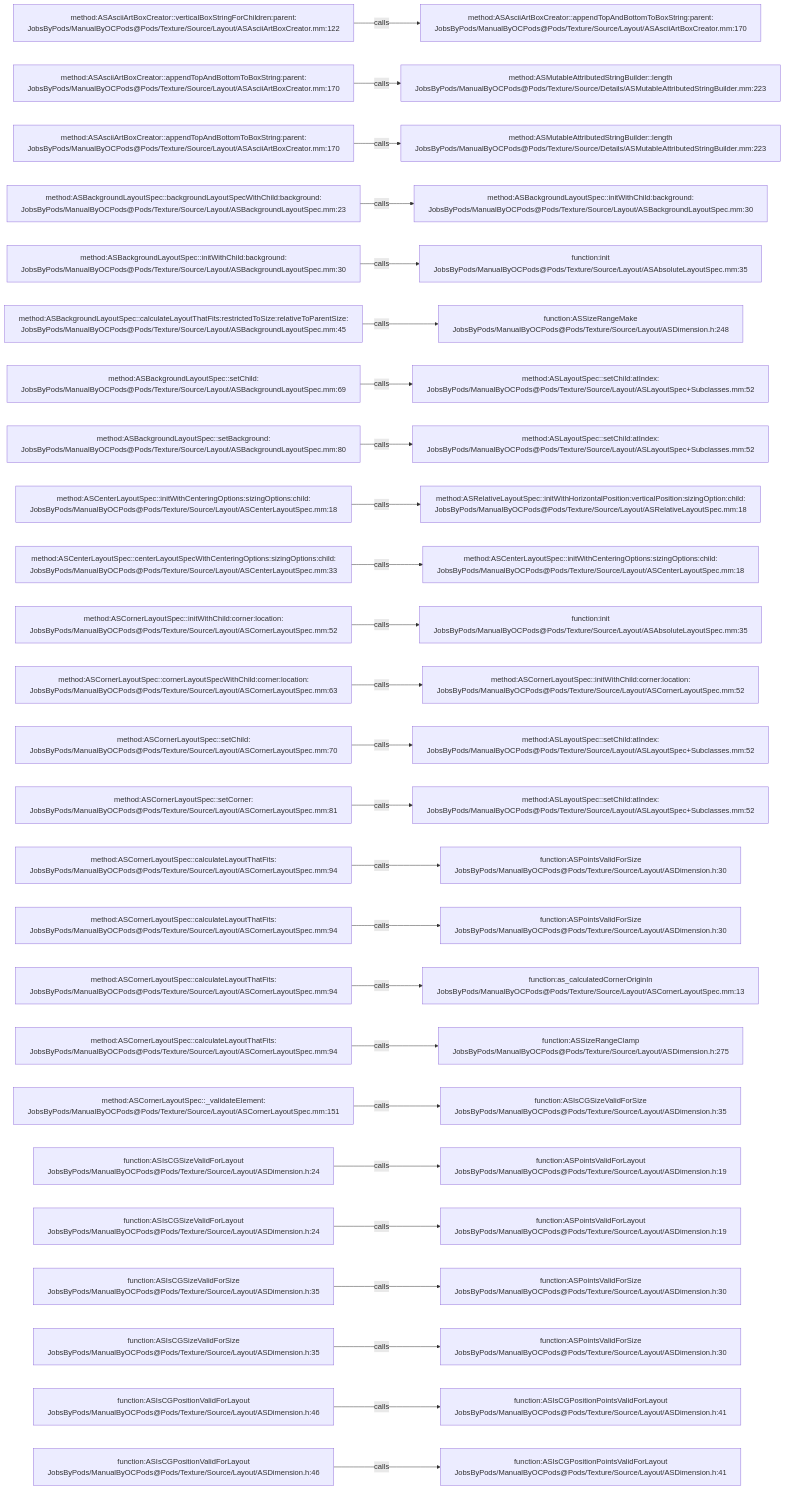
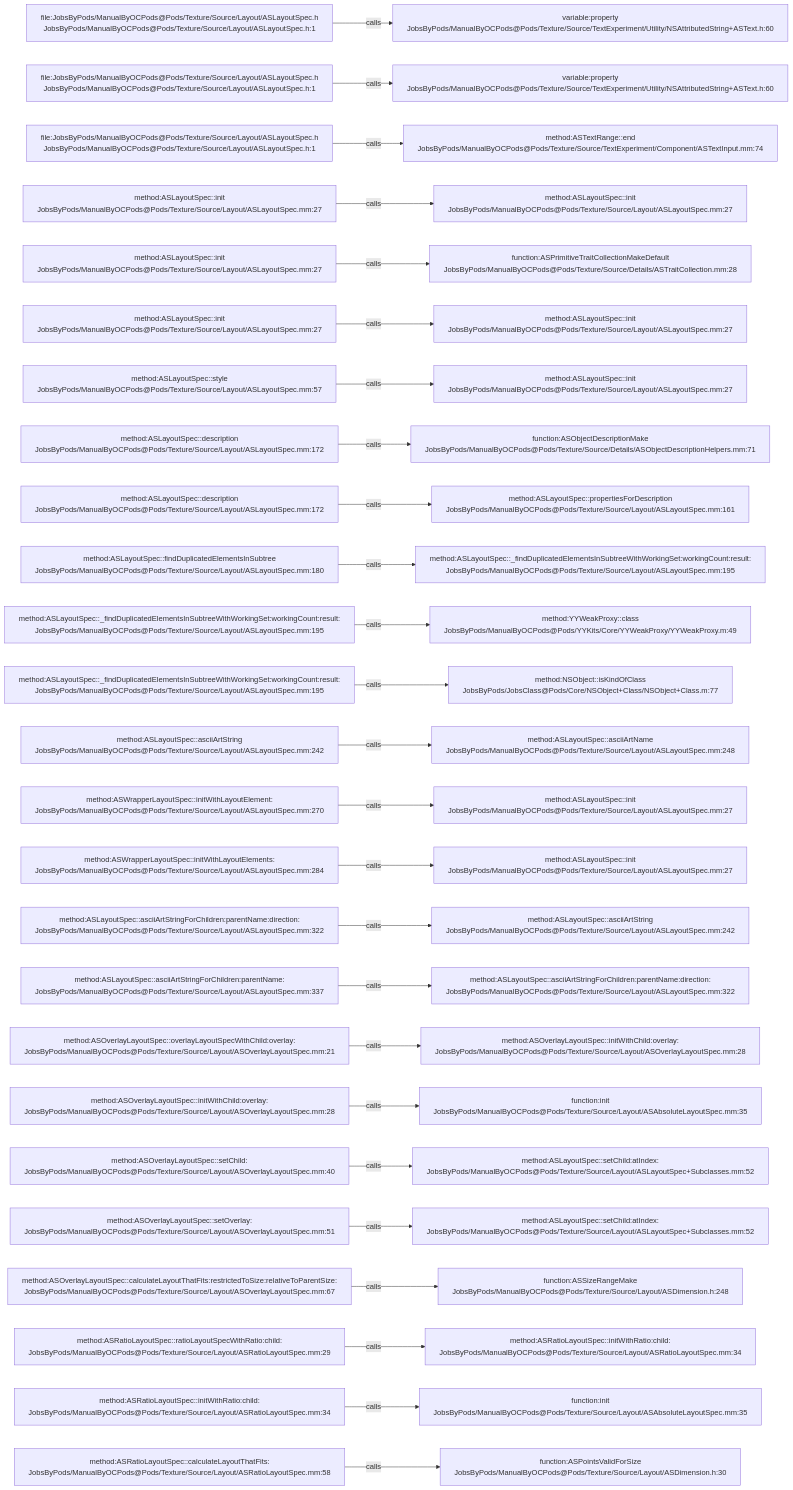
One commit to JobsKits/JobsOCBaseConfigDemo changed the diagram in .codegraph/codegraph.md/graphs/calls-183.md. Above: the diagram before and after it, drawn with Mermaid. The commit also changed 1223 other files, not shown here.

````diff
--- a/.codegraph/codegraph.md/graphs/calls-183.md
+++ b/.codegraph/codegraph.md/graphs/calls-183.md
@@ -13,78 +13,78 @@
 ```mermaid
 flowchart LR
-  S1["method:ASAsciiArtBoxCreator::verticalBoxStringForChildren:parent:<br/>JobsByPods/ManualByOCPods@Pods/Texture/Source/Layout/ASAsciiArtBoxCreator.mm:122"]
-  T1["method:ASAsciiArtBoxCreator::appendTopAndBottomToBoxString:parent:<br/>JobsByPods/ManualByOCPods@Pods/Texture/Source/Layout/ASAsciiArtBoxCreator.mm:170"]
+  S1["file:JobsByPods/ManualByOCPods@Pods/Texture/Source/Layout/ASLayoutSpec.h<br/>JobsByPods/ManualByOCPods@Pods/Texture/Source/Layout/ASLayoutSpec.h:1"]
+  T1["variable:property<br/>JobsByPods/ManualByOCPods@Pods/Texture/Source/TextExperiment/Utility/NSAttributedString+ASText.h:60"]
   S1 -->|calls| T1
-  S2["method:ASAsciiArtBoxCreator::appendTopAndBottomToBoxString:parent:<br/>JobsByPods/ManualByOCPods@Pods/Texture/Source/Layout/ASAsciiArtBoxCreator.mm:170"]
-  T2["method:ASMutableAttributedStringBuilder::length<br/>JobsByPods/ManualByOCPods@Pods/Texture/Source/Details/ASMutableAttributedStringBuilder.mm:223"]
+  S2["file:JobsByPods/ManualByOCPods@Pods/Texture/Source/Layout/ASLayoutSpec.h<br/>JobsByPods/ManualByOCPods@Pods/Texture/Source/Layout/ASLayoutSpec.h:1"]
+  T2["variable:property<br/>JobsByPods/ManualByOCPods@Pods/Texture/Source/TextExperiment/Utility/NSAttributedString+ASText.h:60"]
   S2 -->|calls| T2
-  S3["method:ASAsciiArtBoxCreator::appendTopAndBottomToBoxString:parent:<br/>JobsByPods/ManualByOCPods@Pods/Texture/Source/Layout/ASAsciiArtBoxCreator.mm:170"]
-  T3["method:ASMutableAttributedStringBuilder::length<br/>JobsByPods/ManualByOCPods@Pods/Texture/Source/Details/ASMutableAttributedStringBuilder.mm:223"]
+  S3["file:JobsByPods/ManualByOCPods@Pods/Texture/Source/Layout/ASLayoutSpec.h<br/>JobsByPods/ManualByOCPods@Pods/Texture/Source/Layout/ASLayoutSpec.h:1"]
+  T3["method:ASTextRange::end<br/>JobsByPods/ManualByOCPods@Pods/Texture/Source/TextExperiment/Component/ASTextInput.mm:74"]
   S3 -->|calls| T3
-  S4["method:ASBackgroundLayoutSpec::backgroundLayoutSpecWithChild:background:<br/>JobsByPods/ManualByOCPods@Pods/Texture/Source/Layout/ASBackgroundLayoutSpec.mm:23"]
-  T4["method:ASBackgroundLayoutSpec::initWithChild:background:<br/>JobsByPods/ManualByOCPods@Pods/Texture/Source/Layout/ASBackgroundLayoutSpec.mm:30"]
+  S4["method:ASLayoutSpec::init<br/>JobsByPods/ManualByOCPods@Pods/Texture/Source/Layout/ASLayoutSpec.mm:27"]
+  T4["method:ASLayoutSpec::init<br/>JobsByPods/ManualByOCPods@Pods/Texture/Source/Layout/ASLayoutSpec.mm:27"]
   S4 -->|calls| T4
-  S5["method:ASBackgroundLayoutSpec::initWithChild:background:<br/>JobsByPods/ManualByOCPods@Pods/Texture/Source/Layout/ASBackgroundLayoutSpec.mm:30"]
-  T5["function:init<br/>JobsByPods/ManualByOCPods@Pods/Texture/Source/Layout/ASAbsoluteLayoutSpec.mm:35"]
+  S5["method:ASLayoutSpec::init<br/>JobsByPods/ManualByOCPods@Pods/Texture/Source/Layout/ASLayoutSpec.mm:27"]
+  T5["function:ASPrimitiveTraitCollectionMakeDefault<br/>JobsByPods/ManualByOCPods@Pods/Texture/Source/Details/ASTraitCollection.mm:28"]
   S5 -->|calls| T5
-  S6["method:ASBackgroundLayoutSpec::calculateLayoutThatFits:restrictedToSize:relativeToParentSize:<br/>JobsByPods/ManualByOCPods@Pods/Texture/Source/Layout/ASBackgroundLayoutSpec.mm:45"]
-  T6["function:ASSizeRangeMake<br/>JobsByPods/ManualByOCPods@Pods/Texture/Source/Layout/ASDimension.h:248"]
+  S6["method:ASLayoutSpec::init<br/>JobsByPods/ManualByOCPods@Pods/Texture/Source/Layout/ASLayoutSpec.mm:27"]
+  T6["method:ASLayoutSpec::init<br/>JobsByPods/ManualByOCPods@Pods/Texture/Source/Layout/ASLayoutSpec.mm:27"]
   S6 -->|calls| T6
-  S7["method:ASBackgroundLayoutSpec::setChild:<br/>JobsByPods/ManualByOCPods@Pods/Texture/Source/Layout/ASBackgroundLayoutSpec.mm:69"]
-  T7["method:ASLayoutSpec::setChild:atIndex:<br/>JobsByPods/ManualByOCPods@Pods/Texture/Source/Layout/ASLayoutSpec+Subclasses.mm:52"]
+  S7["method:ASLayoutSpec::style<br/>JobsByPods/ManualByOCPods@Pods/Texture/Source/Layout/ASLayoutSpec.mm:57"]
+  T7["method:ASLayoutSpec::init<br/>JobsByPods/ManualByOCPods@Pods/Texture/Source/Layout/ASLayoutSpec.mm:27"]
   S7 -->|calls| T7
-  S8["method:ASBackgroundLayoutSpec::setBackground:<br/>JobsByPods/ManualByOCPods@Pods/Texture/Source/Layout/ASBackgroundLayoutSpec.mm:80"]
-  T8["method:ASLayoutSpec::setChild:atIndex:<br/>JobsByPods/ManualByOCPods@Pods/Texture/Source/Layout/ASLayoutSpec+Subclasses.mm:52"]
+  S8["method:ASLayoutSpec::description<br/>JobsByPods/ManualByOCPods@Pods/Texture/Source/Layout/ASLayoutSpec.mm:172"]
+  T8["function:ASObjectDescriptionMake<br/>JobsByPods/ManualByOCPods@Pods/Texture/Source/Details/ASObjectDescriptionHelpers.mm:71"]
   S8 -->|calls| T8
-  S9["method:ASCenterLayoutSpec::initWithCenteringOptions:sizingOptions:child:<br/>JobsByPods/ManualByOCPods@Pods/Texture/Source/Layout/ASCenterLayoutSpec.mm:18"]
-  T9["method:ASRelativeLayoutSpec::initWithHorizontalPosition:verticalPosition:sizingOption:child:<br/>JobsByPods/ManualByOCPods@Pods/Texture/Source/Layout/ASRelativeLayoutSpec.mm:18"]
+  S9["method:ASLayoutSpec::description<br/>JobsByPods/ManualByOCPods@Pods/Texture/Source/Layout/ASLayoutSpec.mm:172"]
+  T9["method:ASLayoutSpec::propertiesForDescription<br/>JobsByPods/ManualByOCPods@Pods/Texture/Source/Layout/ASLayoutSpec.mm:161"]
   S9 -->|calls| T9
-  S10["method:ASCenterLayoutSpec::centerLayoutSpecWithCenteringOptions:sizingOptions:child:<br/>JobsByPods/ManualByOCPods@Pods/Texture/Source/Layout/ASCenterLayoutSpec.mm:33"]
-  T10["method:ASCenterLayoutSpec::initWithCenteringOptions:sizingOptions:child:<br/>JobsByPods/ManualByOCPods@Pods/Texture/Source/Layout/ASCenterLayoutSpec.mm:18"]
+  S10["method:ASLayoutSpec::findDuplicatedElementsInSubtree<br/>JobsByPods/ManualByOCPods@Pods/Texture/Source/Layout/ASLayoutSpec.mm:180"]
+  T10["method:ASLayoutSpec::_findDuplicatedElementsInSubtreeWithWorkingSet:workingCount:result:<br/>JobsByPods/ManualByOCPods@Pods/Texture/Source/Layout/ASLayoutSpec.mm:195"]
   S10 -->|calls| T10
-  S11["method:ASCornerLayoutSpec::initWithChild:corner:location:<br/>JobsByPods/ManualByOCPods@Pods/Texture/Source/Layout/ASCornerLayoutSpec.mm:52"]
-  T11["function:init<br/>JobsByPods/ManualByOCPods@Pods/Texture/Source/Layout/ASAbsoluteLayoutSpec.mm:35"]
+  S11["method:ASLayoutSpec::_findDuplicatedElementsInSubtreeWithWorkingSet:workingCount:result:<br/>JobsByPods/ManualByOCPods@Pods/Texture/Source/Layout/ASLayoutSpec.mm:195"]
+  T11["method:YYWeakProxy::class<br/>JobsByPods/ManualByOCPods@Pods/YYKits/Core/YYWeakProxy/YYWeakProxy.m:49"]
   S11 -->|calls| T11
-  S12["method:ASCornerLayoutSpec::cornerLayoutSpecWithChild:corner:location:<br/>JobsByPods/ManualByOCPods@Pods/Texture/Source/Layout/ASCornerLayoutSpec.mm:63"]
-  T12["method:ASCornerLayoutSpec::initWithChild:corner:location:<br/>JobsByPods/ManualByOCPods@Pods/Texture/Source/Layout/ASCornerLayoutSpec.mm:52"]
+  S12["method:ASLayoutSpec::_findDuplicatedElementsInSubtreeWithWorkingSet:workingCount:result:<br/>JobsByPods/ManualByOCPods@Pods/Texture/Source/Layout/ASLayoutSpec.mm:195"]
+  T12["method:NSObject::isKindOfClass<br/>JobsByPods/JobsClass@Pods/Core/NSObject+Class/NSObject+Class.m:77"]
   S12 -->|calls| T12
-  S13["method:ASCornerLayoutSpec::setChild:<br/>JobsByPods/ManualByOCPods@Pods/Texture/Source/Layout/ASCornerLayoutSpec.mm:70"]
-  T13["method:ASLayoutSpec::setChild:atIndex:<br/>JobsByPods/ManualByOCPods@Pods/Texture/Source/Layout/ASLayoutSpec+Subclasses.mm:52"]
+  S13["method:ASLayoutSpec::asciiArtString<br/>JobsByPods/ManualByOCPods@Pods/Texture/Source/Layout/ASLayoutSpec.mm:242"]
+  T13["method:ASLayoutSpec::asciiArtName<br/>JobsByPods/ManualByOCPods@Pods/Texture/Source/Layout/ASLayoutSpec.mm:248"]
   S13 -->|calls| T13
-  S14["method:ASCornerLayoutSpec::setCorner:<br/>JobsByPods/ManualByOCPods@Pods/Texture/Source/Layout/ASCornerLayoutSpec.mm:81"]
-  T14["method:ASLayoutSpec::setChild:atIndex:<br/>JobsByPods/ManualByOCPods@Pods/Texture/Source/Layout/ASLayoutSpec+Subclasses.mm:52"]
+  S14["method:ASWrapperLayoutSpec::initWithLayoutElement:<br/>JobsByPods/ManualByOCPods@Pods/Texture/Source/Layout/ASLayoutSpec.mm:270"]
+  T14["method:ASLayoutSpec::init<br/>JobsByPods/ManualByOCPods@Pods/Texture/Source/Layout/ASLayoutSpec.mm:27"]
   S14 -->|calls| T14
-  S15["method:ASCornerLayoutSpec::calculateLayoutThatFits:<br/>JobsByPods/ManualByOCPods@Pods/Texture/Source/Layout/ASCornerLayoutSpec.mm:94"]
-  T15["function:ASPointsValidForSize<br/>JobsByPods/ManualByOCPods@Pods/Texture/Source/Layout/ASDimension.h:30"]
+  S15["method:ASWrapperLayoutSpec::initWithLayoutElements:<br/>JobsByPods/ManualByOCPods@Pods/Texture/Source/Layout/ASLayoutSpec.mm:284"]
+  T15["method:ASLayoutSpec::init<br/>JobsByPods/ManualByOCPods@Pods/Texture/Source/Layout/ASLayoutSpec.mm:27"]
   S15 -->|calls| T15
-  S16["method:ASCornerLayoutSpec::calculateLayoutThatFits:<br/>JobsByPods/ManualByOCPods@Pods/Texture/Source/Layout/ASCornerLayoutSpec.mm:94"]
-  T16["function:ASPointsValidForSize<br/>JobsByPods/ManualByOCPods@Pods/Texture/Source/Layout/ASDimension.h:30"]
+  S16["method:ASLayoutSpec::asciiArtStringForChildren:parentName:direction:<br/>JobsByPods/ManualByOCPods@Pods/Texture/Source/Layout/ASLayoutSpec.mm:322"]
+  T16["method:ASLayoutSpec::asciiArtString<br/>JobsByPods/ManualByOCPods@Pods/Texture/Source/Layout/ASLayoutSpec.mm:242"]
   S16 -->|calls| T16
-  S17["method:ASCornerLayoutSpec::calculateLayoutThatFits:<br/>JobsByPods/ManualByOCPods@Pods/Texture/Source/Layout/ASCornerLayoutSpec.mm:94"]
-  T17["function:as_calculatedCornerOriginIn<br/>JobsByPods/ManualByOCPods@Pods/Texture/Source/Layout/ASCornerLayoutSpec.mm:13"]
+  S17["method:ASLayoutSpec::asciiArtStringForChildren:parentName:<br/>JobsByPods/ManualByOCPods@Pods/Texture/Source/Layout/ASLayoutSpec.mm:337"]
+  T17["method:ASLayoutSpec::asciiArtStringForChildren:parentName:direction:<br/>JobsByPods/ManualByOCPods@Pods/Texture/Source/Layout/ASLayoutSpec.mm:322"]
   S17 -->|calls| T17
-  S18["method:ASCornerLayoutSpec::calculateLayoutThatFits:<br/>JobsByPods/ManualByOCPods@Pods/Texture/Source/Layout/ASCornerLayoutSpec.mm:94"]
-  T18["function:ASSizeRangeClamp<br/>JobsByPods/ManualByOCPods@Pods/Texture/Source/Layout/ASDimension.h:275"]
+  S18["method:ASOverlayLayoutSpec::overlayLayoutSpecWithChild:overlay:<br/>JobsByPods/ManualByOCPods@Pods/Texture/Source/Layout/ASOverlayLayoutSpec.mm:21"]
+  T18["method:ASOverlayLayoutSpec::initWithChild:overlay:<br/>JobsByPods/ManualByOCPods@Pods/Texture/Source/Layout/ASOverlayLayoutSpec.mm:28"]
   S18 -->|calls| T18
-  S19["method:ASCornerLayoutSpec::_validateElement:<br/>JobsByPods/ManualByOCPods@Pods/Texture/Source/Layout/ASCornerLayoutSpec.mm:151"]
-  T19["function:ASIsCGSizeValidForSize<br/>JobsByPods/ManualByOCPods@Pods/Texture/Source/Layout/ASDimension.h:35"]
+  S19["method:ASOverlayLayoutSpec::initWithChild:overlay:<br/>JobsByPods/ManualByOCPods@Pods/Texture/Source/Layout/ASOverlayLayoutSpec.mm:28"]
+  T19["function:init<br/>JobsByPods/ManualByOCPods@Pods/Texture/Source/Layout/ASAbsoluteLayoutSpec.mm:35"]
   S19 -->|calls| T19
-  S20["function:ASIsCGSizeValidForLayout<br/>JobsByPods/ManualByOCPods@Pods/Texture/Source/Layout/ASDimension.h:24"]
-  T20["function:ASPointsValidForLayout<br/>JobsByPods/ManualByOCPods@Pods/Texture/Source/Layout/ASDimension.h:19"]
+  S20["method:ASOverlayLayoutSpec::setChild:<br/>JobsByPods/ManualByOCPods@Pods/Texture/Source/Layout/ASOverlayLayoutSpec.mm:40"]
+  T20["method:ASLayoutSpec::setChild:atIndex:<br/>JobsByPods/ManualByOCPods@Pods/Texture/Source/Layout/ASLayoutSpec+Subclasses.mm:52"]
   S20 -->|calls| T20
-  S21["function:ASIsCGSizeValidForLayout<br/>JobsByPods/ManualByOCPods@Pods/Texture/Source/Layout/ASDimension.h:24"]
-  T21["function:ASPointsValidForLayout<br/>JobsByPods/ManualByOCPods@Pods/Texture/Source/Layout/ASDimension.h:19"]
+  S21["method:ASOverlayLayoutSpec::setOverlay:<br/>JobsByPods/ManualByOCPods@Pods/Texture/Source/Layout/ASOverlayLayoutSpec.mm:51"]
+  T21["method:ASLayoutSpec::setChild:atIndex:<br/>JobsByPods/ManualByOCPods@Pods/Texture/Source/Layout/ASLayoutSpec+Subclasses.mm:52"]
   S21 -->|calls| T21
-  S22["function:ASIsCGSizeValidForSize<br/>JobsByPods/ManualByOCPods@Pods/Texture/Source/Layout/ASDimension.h:35"]
-  T22["function:ASPointsValidForSize<br/>JobsByPods/ManualByOCPods@Pods/Texture/Source/Layout/ASDimension.h:30"]
+  S22["method:ASOverlayLayoutSpec::calculateLayoutThatFits:restrictedToSize:relativeToParentSize:<br/>JobsByPods/ManualByOCPods@Pods/Texture/Source/Layout/ASOverlayLayoutSpec.mm:67"]
+  T22["function:ASSizeRangeMake<br/>JobsByPods/ManualByOCPods@Pods/Texture/Source/Layout/ASDimension.h:248"]
   S22 -->|calls| T22
-  S23["function:ASIsCGSizeValidForSize<br/>JobsByPods/ManualByOCPods@Pods/Texture/Source/Layout/ASDimension.h:35"]
-  T23["function:ASPointsValidForSize<br/>JobsByPods/ManualByOCPods@Pods/Texture/Source/Layout/ASDimension.h:30"]
+  S23["method:ASRatioLayoutSpec::ratioLayoutSpecWithRatio:child:<br/>JobsByPods/ManualByOCPods@Pods/Texture/Source/Layout/ASRatioLayoutSpec.mm:29"]
+  T23["method:ASRatioLayoutSpec::initWithRatio:child:<br/>JobsByPods/ManualByOCPods@Pods/Texture/Source/Layout/ASRatioLayoutSpec.mm:34"]
   S23 -->|calls| T23
-  S24["function:ASIsCGPositionValidForLayout<br/>JobsByPods/ManualByOCPods@Pods/Texture/Source/Layout/ASDimension.h:46"]
-  T24["function:ASIsCGPositionPointsValidForLayout<br/>JobsByPods/ManualByOCPods@Pods/Texture/Source/Layout/ASDimension.h:41"]
+  S24["method:ASRatioLayoutSpec::initWithRatio:child:<br/>JobsByPods/ManualByOCPods@Pods/Texture/Source/Layout/ASRatioLayoutSpec.mm:34"]
+  T24["function:init<br/>JobsByPods/ManualByOCPods@Pods/Texture/Source/Layout/ASAbsoluteLayoutSpec.mm:35"]
   S24 -->|calls| T24
-  S25["function:ASIsCGPositionValidForLayout<br/>JobsByPods/ManualByOCPods@Pods/Texture/Source/Layout/ASDimension.h:46"]
-  T25["function:ASIsCGPositionPointsValidForLayout<br/>JobsByPods/ManualByOCPods@Pods/Texture/Source/Layout/ASDimension.h:41"]
+  S25["method:ASRatioLayoutSpec::calculateLayoutThatFits:<br/>JobsByPods/ManualByOCPods@Pods/Texture/Source/Layout/ASRatioLayoutSpec.mm:58"]
+  T25["function:ASPointsValidForSize<br/>JobsByPods/ManualByOCPods@Pods/Texture/Source/Layout/ASDimension.h:30"]
   S25 -->|calls| T25
 ```
````
